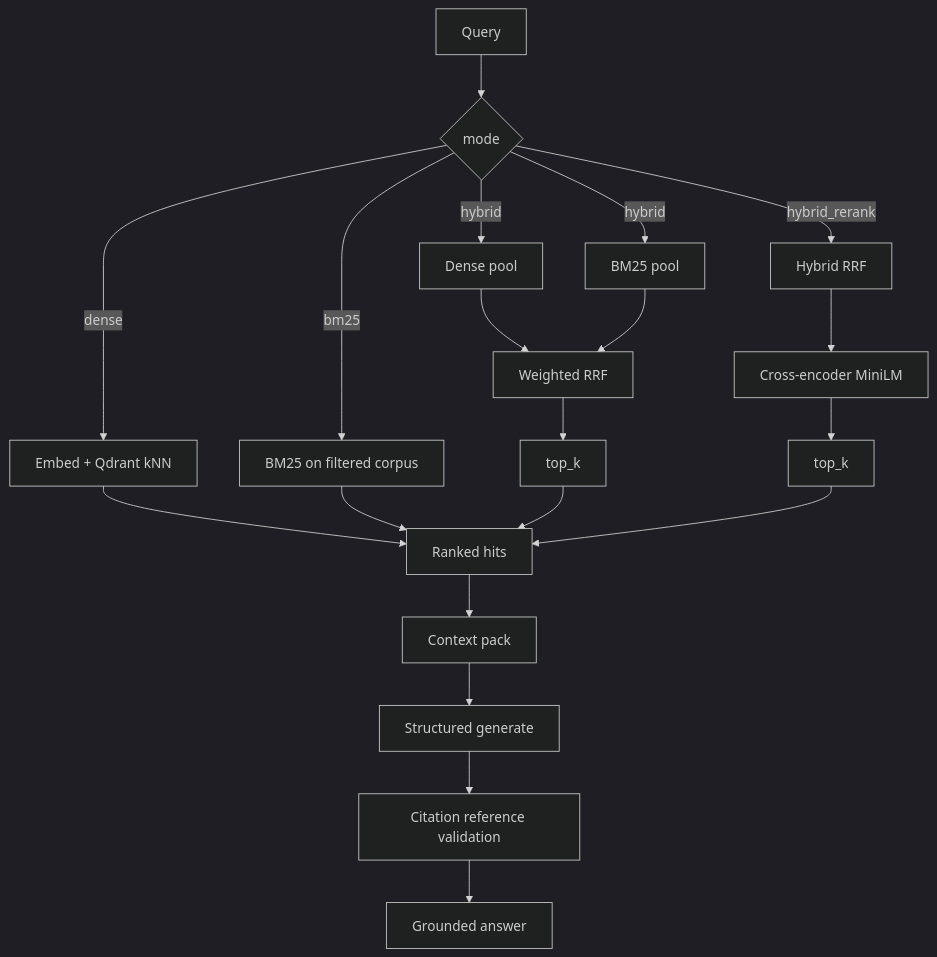
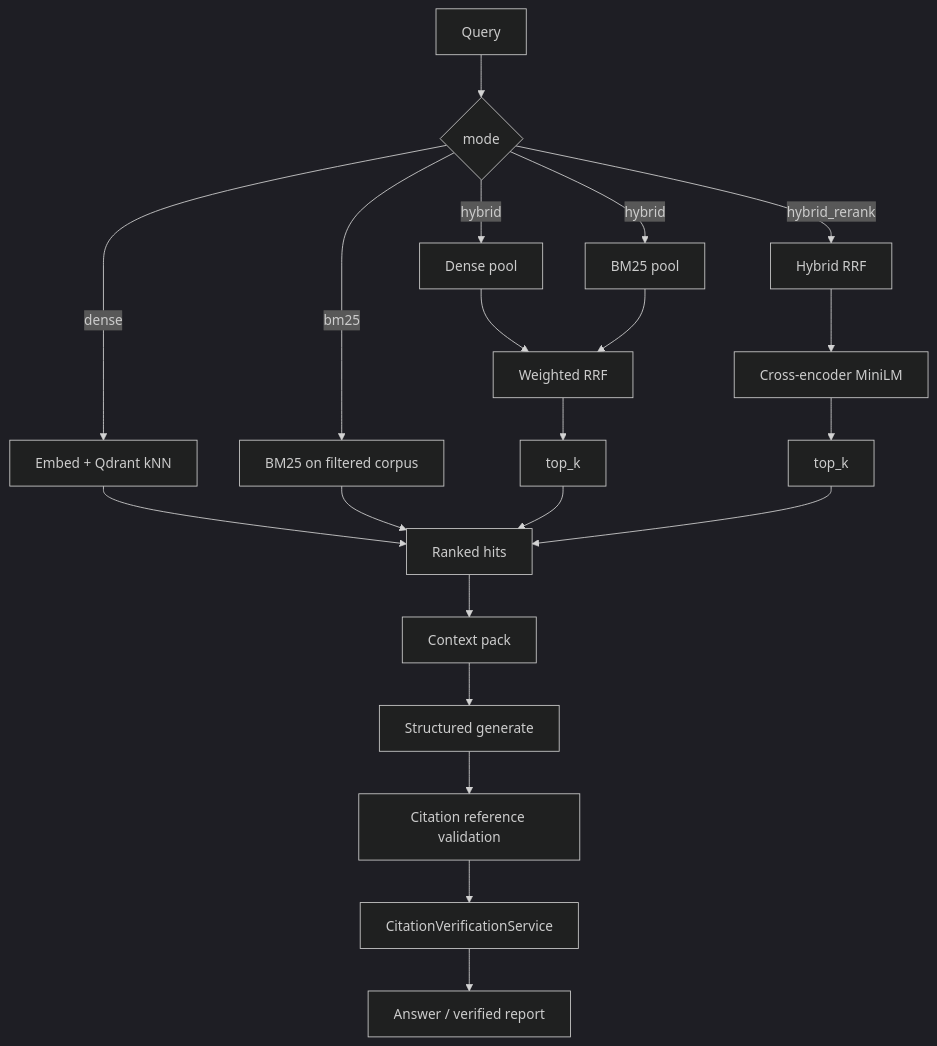
Before and after one commit to Ajudev/rag-backend: the diagram in README.md, drawn with Mermaid (dark theme). The commit also changed other lines of this file and 31 other files, not shown here.

Commit message:
feat: Add semantic citation verification and POST /verify

````diff
--- a/README.md
+++ b/README.md
@@ -15,22 +16,23 @@
 ```mermaid
 flowchart TD
     Q[Query] --> M{mode}
     M -->|dense| D[Embed + Qdrant kNN]
     M -->|bm25| B[BM25 on filtered corpus]
     M -->|hybrid| H1[Dense pool]
     M -->|hybrid| H2[BM25 pool]
     H1 --> RRF[Weighted RRF]
     H2 --> RRF
     RRF --> TOP[top_k]
     M -->|hybrid_rerank| R1[Hybrid RRF]
     R1 --> CE[Cross-encoder MiniLM]
     CE --> TOP2[top_k]
     D --> OUT[Ranked hits]
     B --> OUT
     TOP --> OUT
     TOP2 --> OUT
     OUT --> PACK[Context pack]
     PACK --> LLM[Structured generate]
     LLM --> VAL[Citation reference validation]
-    VAL --> ANS[Grounded answer]
+    VAL --> VER[CitationVerificationService]
+    VER --> ANS[Answer / verified report]
 ```
````
